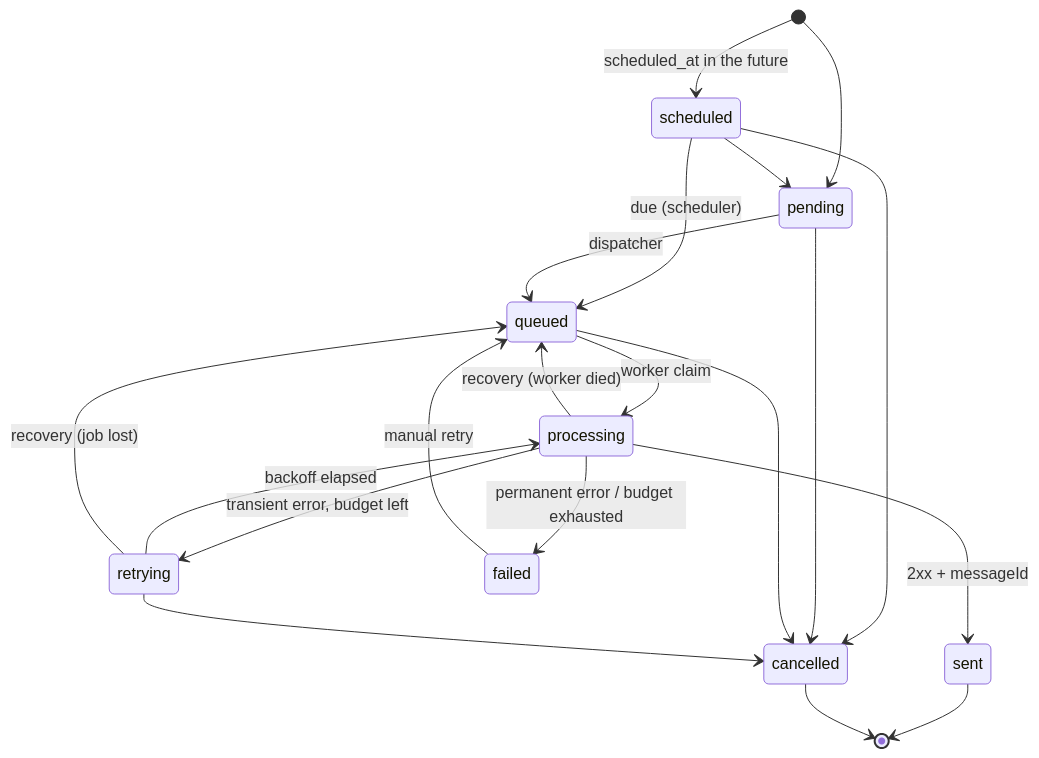
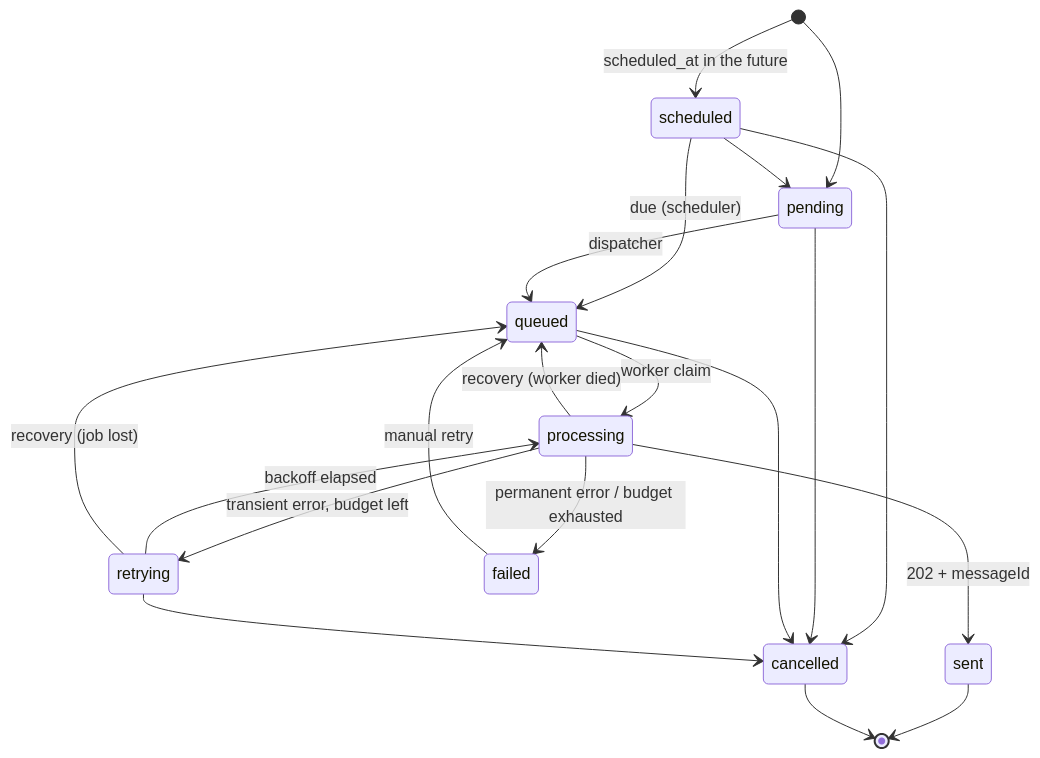
The second of 2 diagrams in README.md (msalimcengiz/insider-notification-system), drawn with Mermaid before and after one commit. The commit also changed other lines of this file and 4 other files, not shown here.

````diff
--- a/README.md
+++ b/README.md
@@ -299,22 +314,22 @@
 ```mermaid
 stateDiagram-v2
     [*] --> scheduled: scheduled_at in the future
     [*] --> pending
     scheduled --> pending
     scheduled --> queued: due (scheduler)
     pending --> queued: dispatcher
     queued --> processing: worker claim
-    processing --> sent: 2xx + messageId
+    processing --> sent: 202 + messageId
     processing --> retrying: transient error, budget left
     processing --> failed: permanent error / budget exhausted
     retrying --> processing: backoff elapsed
     processing --> queued: recovery (worker died)
     retrying --> queued: recovery (job lost)
     failed --> queued: manual retry
     scheduled --> cancelled
     pending --> cancelled
     queued --> cancelled
     retrying --> cancelled
     sent --> [*]
     cancelled --> [*]
 ```
````
